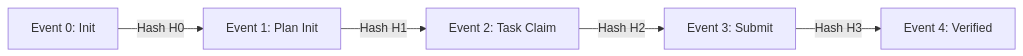
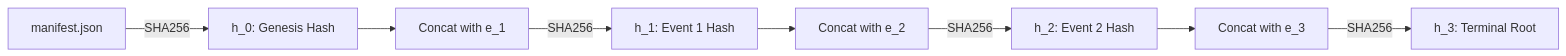
Before and after one commit to onurseckin/skills: the diagram in docs/olt/architecture/10-durability-recovery-capsules/10-02-sha256-merkle-event-chains.md, drawn with Mermaid. The commit also changed other lines of this file and 177 other files, not shown here.

````diff
--- a/docs/olt/architecture/10-durability-recovery-capsules/10-02-sha256-merkle-event-chains.md
+++ b/docs/olt/architecture/10-durability-recovery-capsules/10-02-sha256-merkle-event-chains.md
@@ -18,7 +60,10 @@
 ```mermaid
 flowchart LR
-    E0[Event 0: Init] -->|Hash H0| E1[Event 1: Plan Init]
-    E1 -->|Hash H1| E2[Event 2: Task Claim]
-    E2 -->|Hash H2| E3[Event 3: Submit]
-    E3 -->|Hash H3| E4[Event 4: Verified]
+    Manifest[manifest.json] -->|SHA256| H0[h_0: Genesis Hash]
+    H0 --> Chain1[Concat with e_1]
+    Chain1 -->|SHA256| H1[h_1: Event 1 Hash]
+    H1 --> Chain2[Concat with e_2]
+    Chain2 -->|SHA256| H2[h_2: Event 2 Hash]
+    H2 --> Chain3[Concat with e_3]
+    Chain3 -->|SHA256| H3[h_3: Terminal Root]
 ```
````
